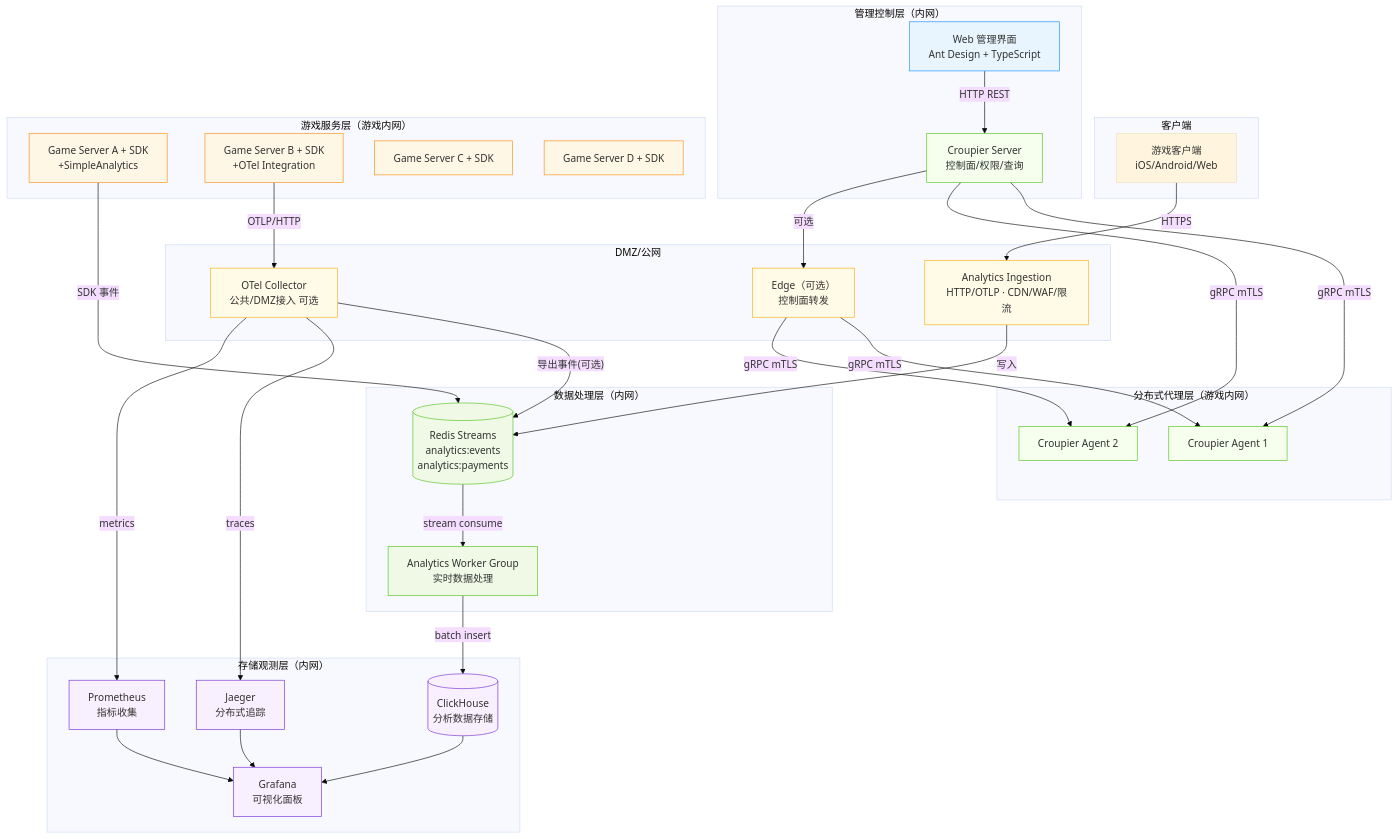
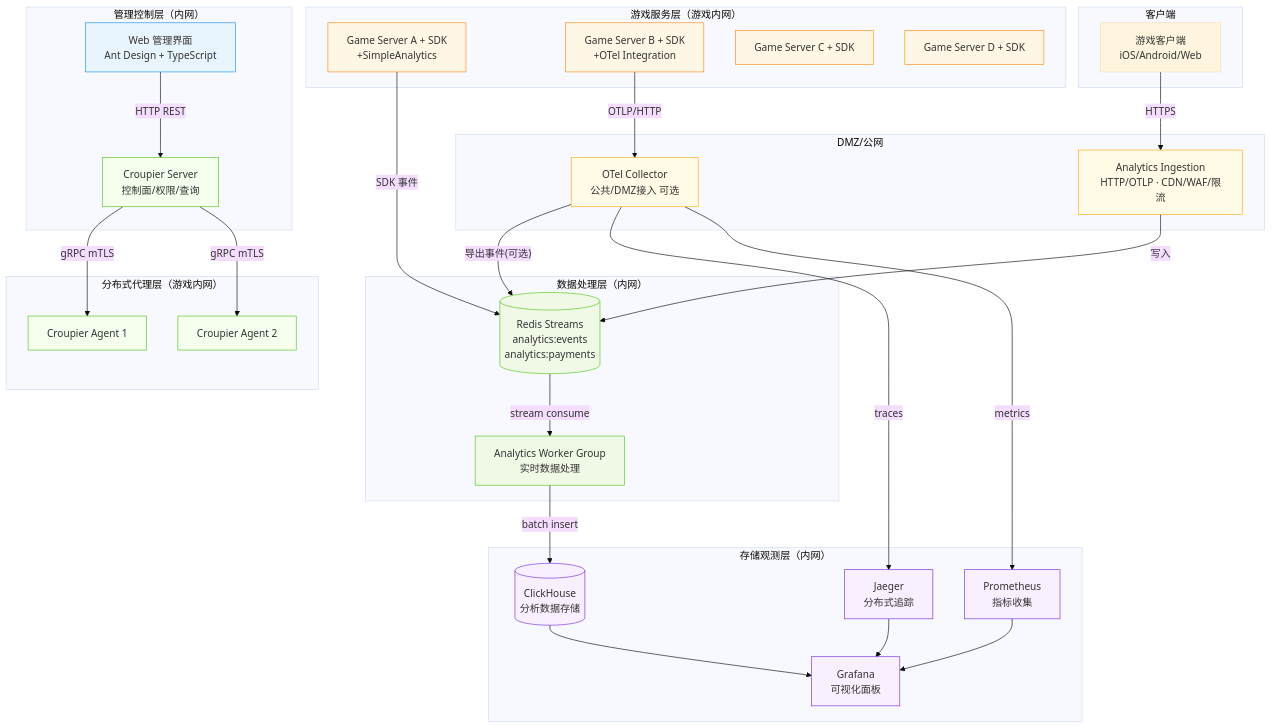
Before and after one commit to cuihairu/croupier: the first of 2 diagrams in README.md, drawn with Mermaid (base theme). The commit also changed other lines of this file and 15 other files, not shown here.

````diff
--- a/README.md
+++ b/README.md
@@ -59,76 +59,72 @@
 ```mermaid
 graph TB
   subgraph "客户端"
     Client[游戏客户端<br/>iOS/Android/Web]
   end
 
   subgraph "管理控制层（内网）"
     UI[Web 管理界面<br/>Ant Design + TypeScript]
     Server[Croupier Server<br/>控制面/权限/查询]
   end
 
   subgraph "DMZ/公网"
-    Edge[Edge（可选）<br/>控制面转发]
     Ingest[Analytics Ingestion<br/>HTTP/OTLP · CDN/WAF/限流]
     OtelColPub[OTel Collector<br/>公共/DMZ接入 可选]
   end
 
   subgraph "分布式代理层（游戏内网）"
     A1[Croupier Agent 1]
     A2[Croupier Agent 2]
   end
 
   subgraph "游戏服务层（游戏内网）"
     GS1[Game Server A + SDK<br/>+SimpleAnalytics]
     GS2[Game Server B + SDK<br/>+OTel Integration]
     GS3[Game Server C + SDK]
     GS4[Game Server D + SDK]
   end
 
   subgraph "数据处理层（内网）"
     Redis[(Redis Streams<br/>analytics:events<br/>analytics:payments)]
     Worker[Analytics Worker Group<br/>实时数据处理]
   end
 
   subgraph "存储观测层（内网）"
     ClickHouse[(ClickHouse<br/>分析数据存储)]
     Jaeger[Jaeger<br/>分布式追踪]
     Prometheus[Prometheus<br/>指标收集]
     Grafana[Grafana<br/>可视化面板]
   end
 
   UI -->|HTTP REST| Server
   Server -->|gRPC mTLS| A1
   Server -->|gRPC mTLS| A2
-  Server -->|可选| Edge
-  Edge -->|gRPC mTLS| A1
-  Edge -->|gRPC mTLS| A2
   Client -->|HTTPS| Ingest
   GS1 -->|SDK 事件| Redis
   GS2 -->|OTLP/HTTP| OtelColPub
   Ingest -->|写入| Redis
   OtelColPub -- "导出事件(可选)" --> Redis
   Redis -->|stream consume| Worker
   Worker -->|batch insert| ClickHouse
   OtelColPub -->|traces| Jaeger
   OtelColPub -->|metrics| Prometheus
   Prometheus --> Grafana
   Jaeger --> Grafana
   ClickHouse --> Grafana
 
   classDef ui fill:#e8f5ff,stroke:#1890ff
   classDef server fill:#f6ffed,stroke:#52c41a
   classDef agent fill:#f6ffed,stroke:#52c41a
   classDef game fill:#fff7e6,stroke:#fa8c16
   classDef data fill:#f0f9e6,stroke:#52c41a
   classDef storage fill:#f9f0ff,stroke:#722ed1
   classDef dmz fill:#fffbe6,stroke:#faad14
 
   class UI ui
   class Server server
   class A1,A2 agent
   class GS1,GS2,GS3,GS4 game
   class Redis,Worker data
   class ClickHouse,Jaeger,Prometheus,Grafana storage
-  class Edge,Ingest,OtelColPub dmz
+  class Ingest,OtelColPub dmz
 ```
````
